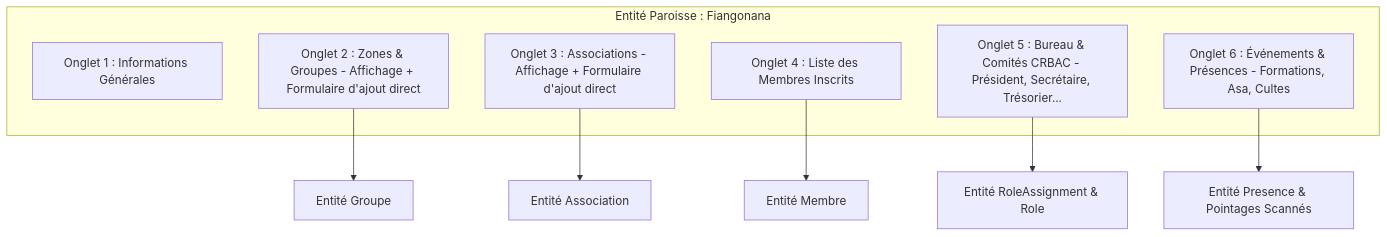
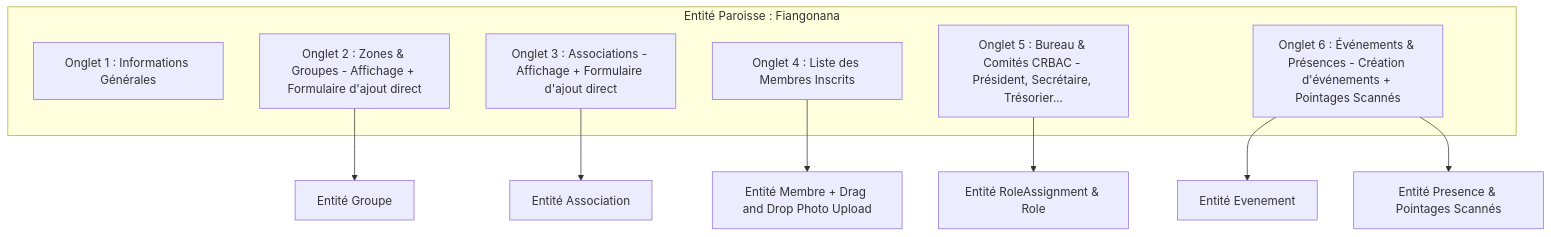
Before and after one commit to tounaf/iam-service: the first of 2 diagrams in docs/BACKOFFICE_SPECIFICATION.md, drawn with Mermaid. The commit also changed other lines of this file and 8 other files, not shown here.

````diff
--- a/docs/BACKOFFICE_SPECIFICATION.md
+++ b/docs/BACKOFFICE_SPECIFICATION.md
@@ -27,17 +29,18 @@
 ```mermaid
 graph TD
     subgraph Structure[Entité Paroisse : Fiangonana]
         Tab1[Onglet 1 : Informations Générales]
         Tab2[Onglet 2 : Zones & Groupes - Affichage + Formulaire d'ajout direct]
         Tab3[Onglet 3 : Associations - Affichage + Formulaire d'ajout direct]
         Tab4[Onglet 4 : Liste des Membres Inscrits]
         Tab5[Onglet 5 : Bureau & Comités CRBAC - Président, Secrétaire, Trésorier...]
-        Tab6[Onglet 6 : Événements & Présences - Formations, Asa, Cultes]
+        Tab6[Onglet 6 : Événements & Présences - Création d'événements + Pointages Scannés]
     end
 
     Tab2 --> GroupeEntity[Entité Groupe]
     Tab3 --> AssociationEntity[Entité Association]
-    Tab4 --> MembreEntity[Entité Membre]
+    Tab4 --> MembreEntity[Entité Membre + Drag and Drop Photo Upload]
     Tab5 --> RoleAssignmentEntity[Entité RoleAssignment & Role]
+    Tab6 --> EvenementEntity[Entité Evenement]
     Tab6 --> PresenceEntity[Entité Presence & Pointages Scannés]
 ```
````
